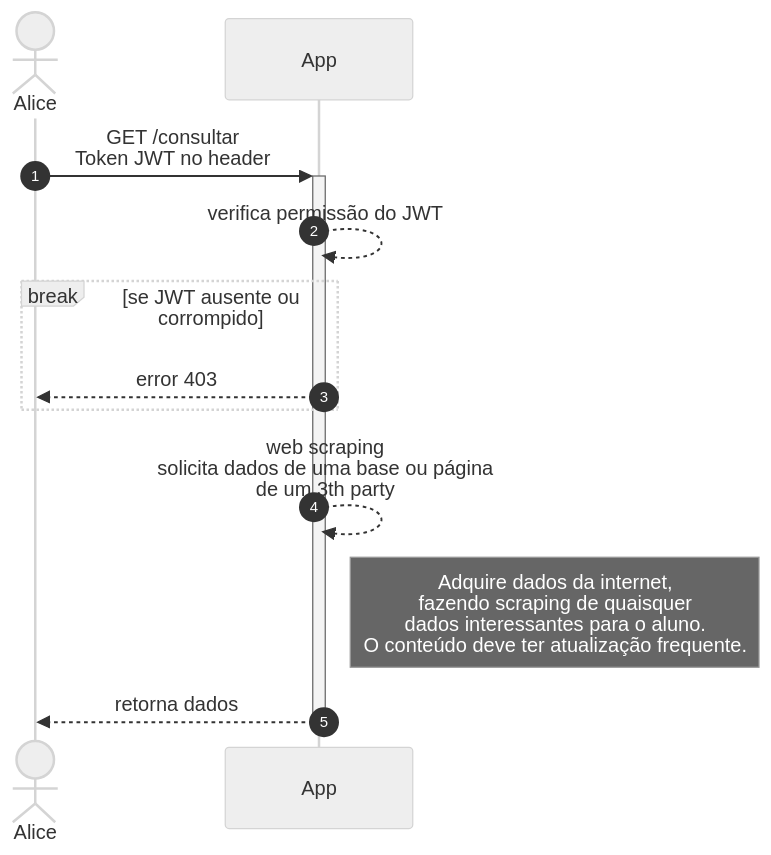
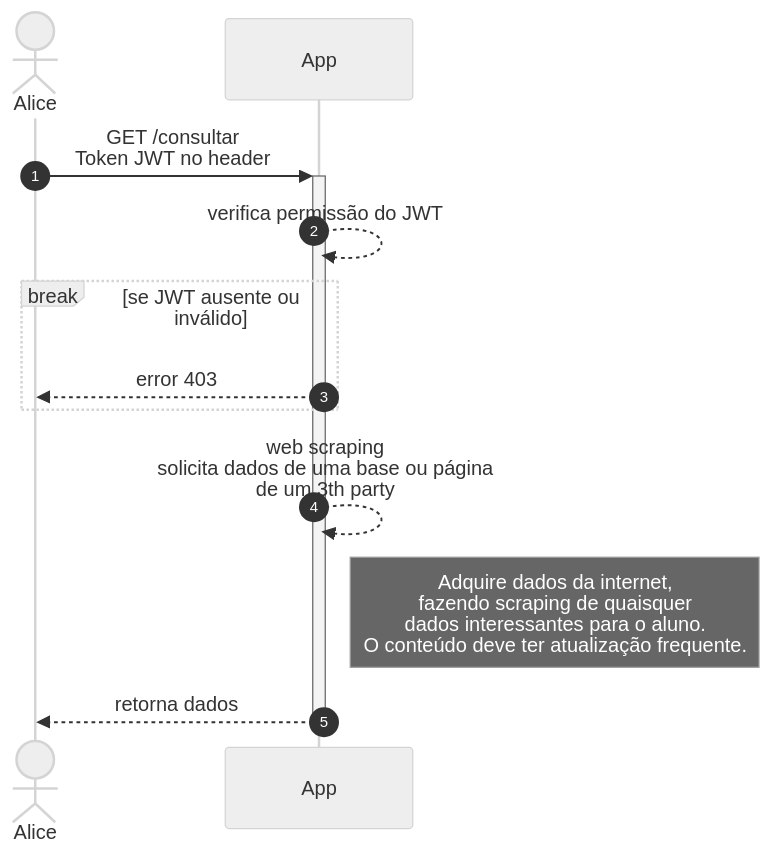
The third of 4 diagrams in docs/index.md (hsandmann/insper.cloud.projeto), drawn with Mermaid (neutral theme) before and after one commit. The commit also changed other lines of this file, not shown here.

````diff
--- a/docs/index.md
+++ b/docs/index.md
@@ -157,13 +161,13 @@
     ``` mermaid
     sequenceDiagram
         autonumber
         actor Alice
         Alice->>+App: GET /consultar <br> Token JWT no header
         App-->>App: verifica permissão do JWT
-        break se JWT ausente ou corrompido
+        break se JWT ausente ou inválido
             App-->>Alice: error 403
         end
         App-->>App: web scraping<br>solicita dados de uma base ou página<br>de um 3th party
         Note right of App: Adquire dados da internet, <br>fazendo scraping de quaisquer<br> dados interessantes para o aluno.<br>O conteúdo deve ter atualização frequente.
         App-->>-Alice: retorna dados
     ```
````
